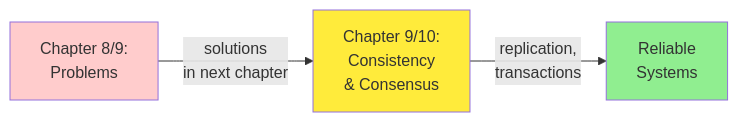
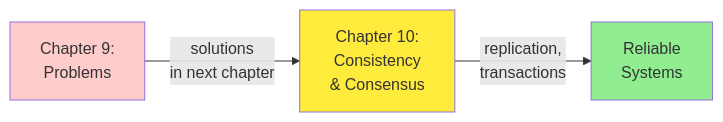
One commit to shpsi/Designing-Data-Intensive-Applications changed diagram 22 of 22 in chapter-09-distributed-systems-trouble.md. Above: the diagram before and after it, drawn with Mermaid. The commit also changed other lines of this file and 15 other files, not shown here.

````diff
--- a/chapter-09-distributed-systems-trouble.md
+++ b/chapter-09-distributed-systems-trouble.md
@@ -1560,9 +1347,9 @@
 ```mermaid
 graph LR
-    A[Chapter 8/9:<br/>Problems] -->|solutions<br/>in next chapter| B[Chapter 9/10:<br/>Consistency<br/>& Consensus]
+    A[Chapter 9:<br/>Problems] -->|solutions<br/>in next chapter| B[Chapter 10:<br/>Consistency<br/>& Consensus]
     B -->|replication,<br/>transactions| C[Reliable<br/>Systems]
 
     style A fill:#ffcccc
     style B fill:#ffeb3b
     style C fill:#90EE90
 ```
````
